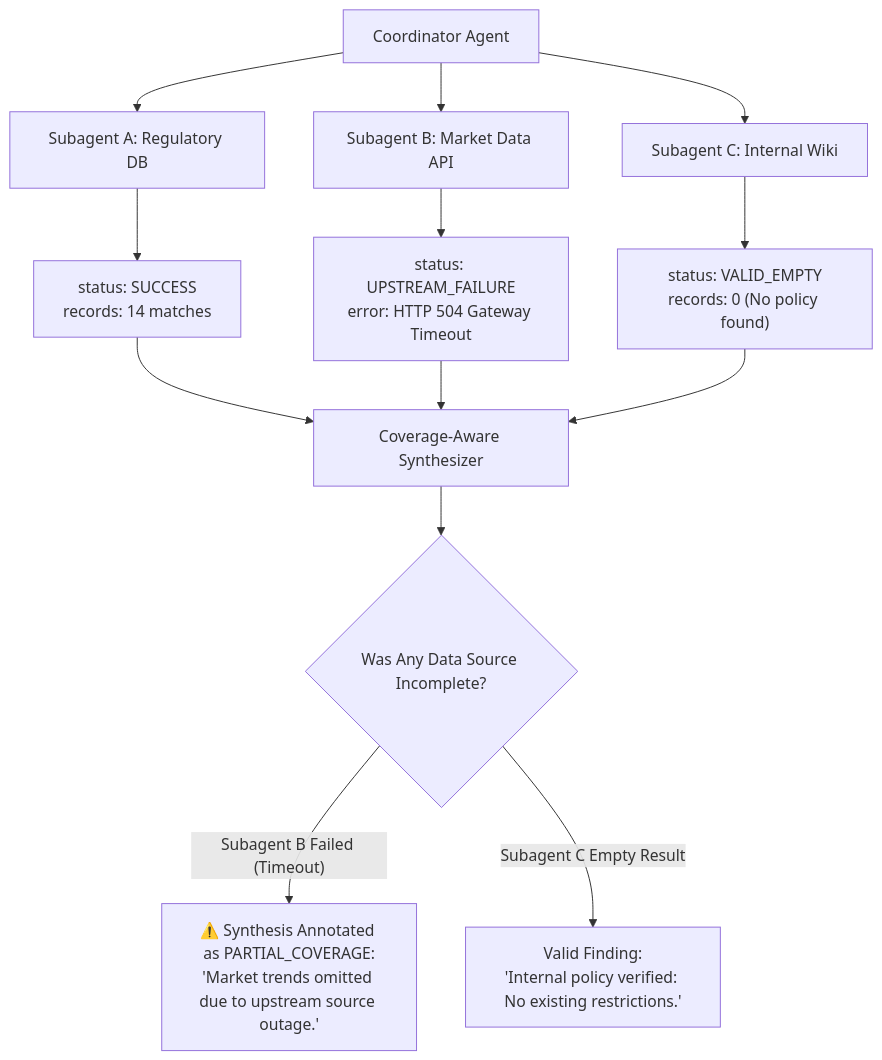
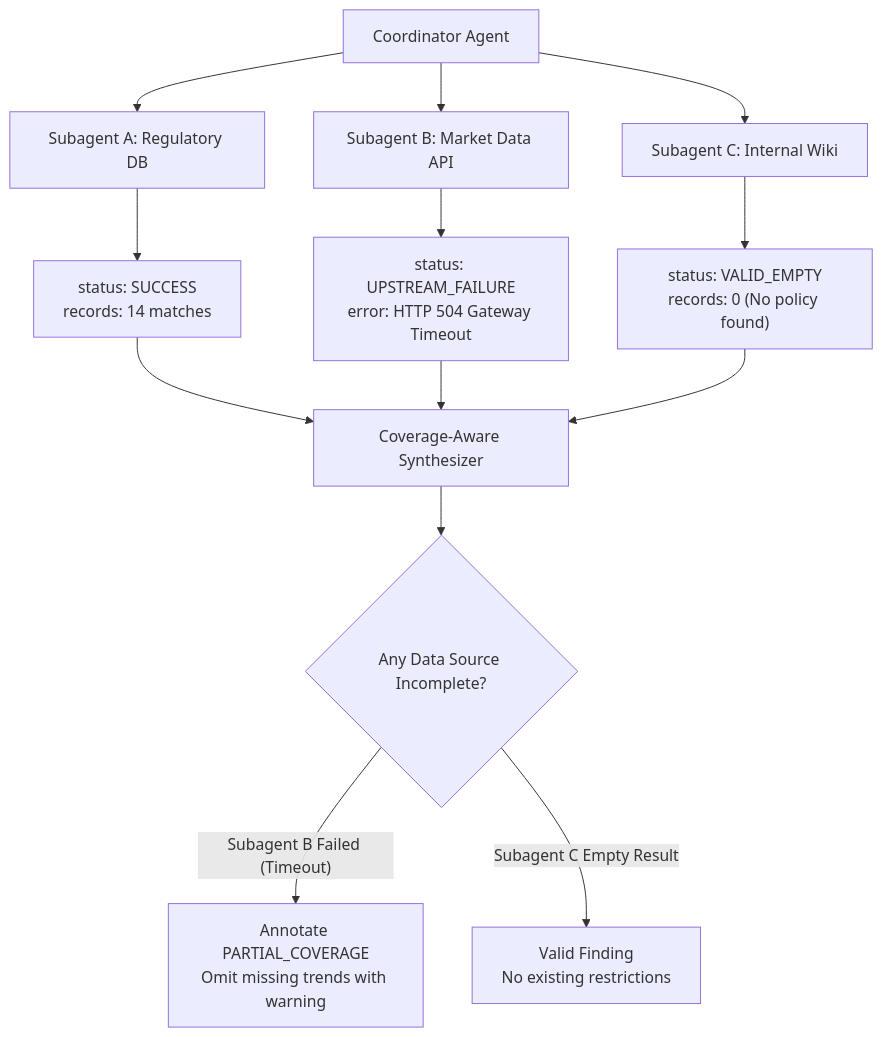
One commit to dip4k/claude_cert_architect_foundation_prep changed the diagram in domain5/ts_5_3_error_propagation_coverage/README.md. Above: the diagram before and after it, drawn with Mermaid. The commit also changed 30 other files, not shown here.

Commit message:
docs: enhance domain and scenario guides with exam rules, golden rules, and simplified GitHub mermaid diagrams

````diff
--- a/domain5/ts_5_3_error_propagation_coverage/README.md
+++ b/domain5/ts_5_3_error_propagation_coverage/README.md
@@ -10,20 +10,20 @@
 ```mermaid
 flowchart TD
     Coordinator["Coordinator Agent"] --> SubA["Subagent A: Regulatory DB"]
     Coordinator --> SubB["Subagent B: Market Data API"]
     Coordinator --> SubC["Subagent C: Internal Wiki"]
     
     SubA --> ResA["status: SUCCESS<br/>records: 14 matches"]
     SubB --> ResB["status: UPSTREAM_FAILURE<br/>error: HTTP 504 Gateway Timeout"]
     SubC --> ResC["status: VALID_EMPTY<br/>records: 0 (No policy found)"]
     
     ResA --> Synthesizer["Coverage-Aware Synthesizer"]
     ResB --> Synthesizer
     ResC --> Synthesizer
     
-    Synthesizer --> Decision{"Was Any Data Source Incomplete?"}
+    Synthesizer --> Decision{"Any Data Source Incomplete?"}
     
-    Decision -- "Subagent B Failed (Timeout)" --> Partial["⚠️ Synthesis Annotated as PARTIAL_COVERAGE:<br/>'Market trends omitted due to upstream source outage.'"]
+    Decision -- "Subagent B Failed (Timeout)" --> Partial["Annotate PARTIAL_COVERAGE<br/>Omit missing trends with warning"]
     
-    Decision -- "Subagent C Empty Result" --> Legitimate["Valid Finding:<br/>'Internal policy verified: No existing restrictions.'"]
+    Decision -- "Subagent C Empty Result" --> Legitimate["Valid Finding<br/>No existing restrictions"]
 ```
````
